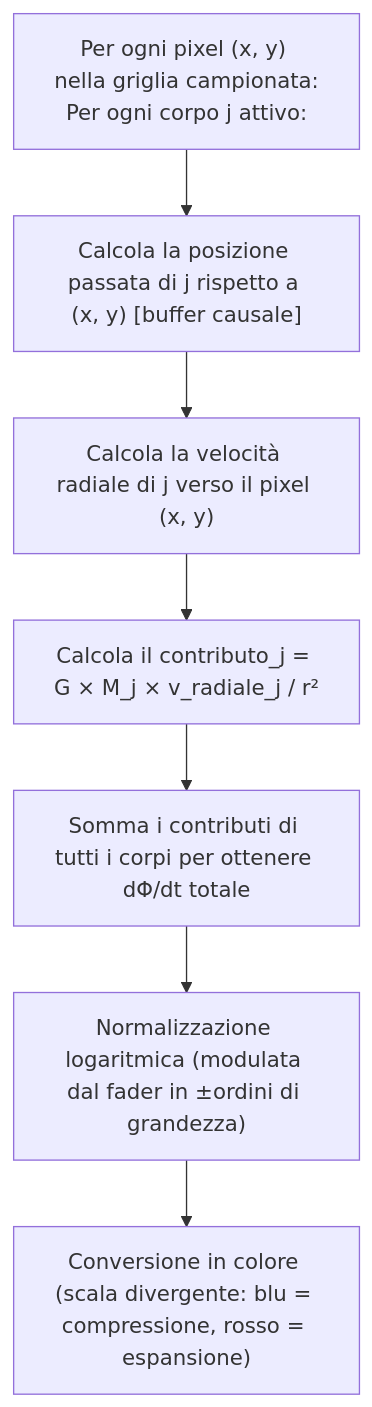
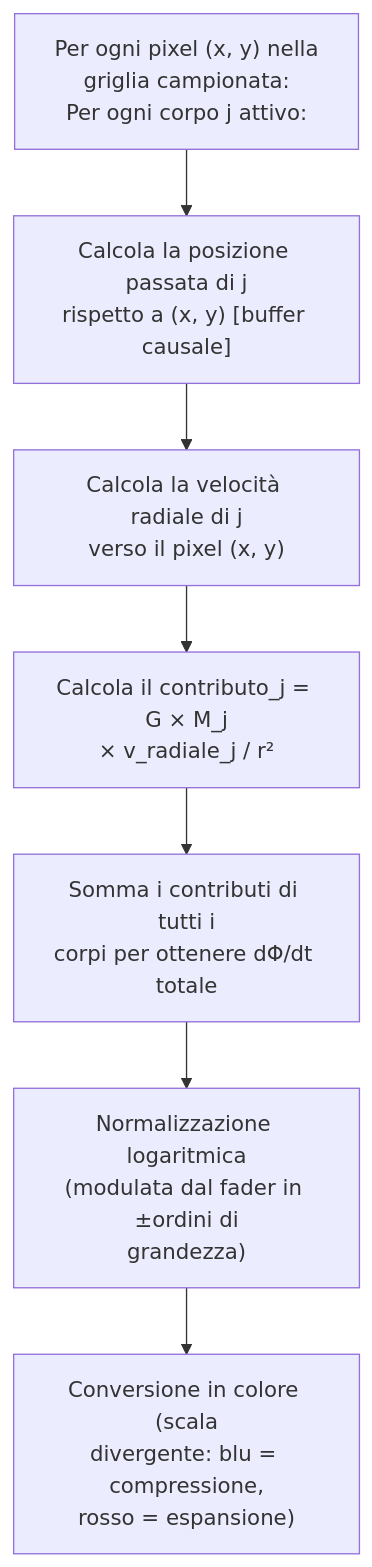
One commit to alessandro-pioli/AstroCausal_Engine changed the sixth of 11 diagrams in ARCHITECTURE_DEEP_DIVE.md. Above: the diagram before and after it, drawn with Mermaid. The commit also changed other lines of this file and 2 other files, not shown here.

````diff
--- a/ARCHITECTURE_DEEP_DIVE.md
+++ b/ARCHITECTURE_DEEP_DIVE.md
@@ -241,9 +484,9 @@
 ```mermaid
 flowchart TD
-    A["Per ogni pixel (x, y) nella griglia campionata:<br/>Per ogni corpo j attivo:"] --> B["Calcola la posizione passata di j rispetto a (x, y) [buffer causale]"]
-    B --> C["Calcola la velocità radiale di j verso il pixel (x, y)"]
-    C --> D["Calcola il contributo_j = G × M_j × v_radiale_j / r²"]
-    D --> E["Somma i contributi di tutti i corpi per ottenere dΦ/dt totale"]
-    E --> F["Normalizzazione logaritmica (modulata dal fader in ±ordini di grandezza)"]
-    F --> G["Conversione in colore (scala divergente: blu = compressione, rosso = espansione)"]
+    A["Per ogni pixel (x, y) nella<br/>griglia campionata:<br/>Per ogni corpo j attivo:"] --> B["Calcola la posizione passata di j<br/>rispetto a (x, y) [buffer causale]"]
+    B --> C["Calcola la velocità radiale di j<br/>verso il pixel (x, y)"]
+    C --> D["Calcola il contributo_j = G × M_j<br/>× v_radiale_j / r²"]
+    D --> E["Somma i contributi di tutti i<br/>corpi per ottenere dΦ/dt totale"]
+    E --> F["Normalizzazione logaritmica<br/>(modulata dal fader in ±ordini di<br/>grandezza)"]
+    F --> G["Conversione in colore (scala<br/>divergente: blu = compressione,<br/>rosso = espansione)"]
 ```
````
